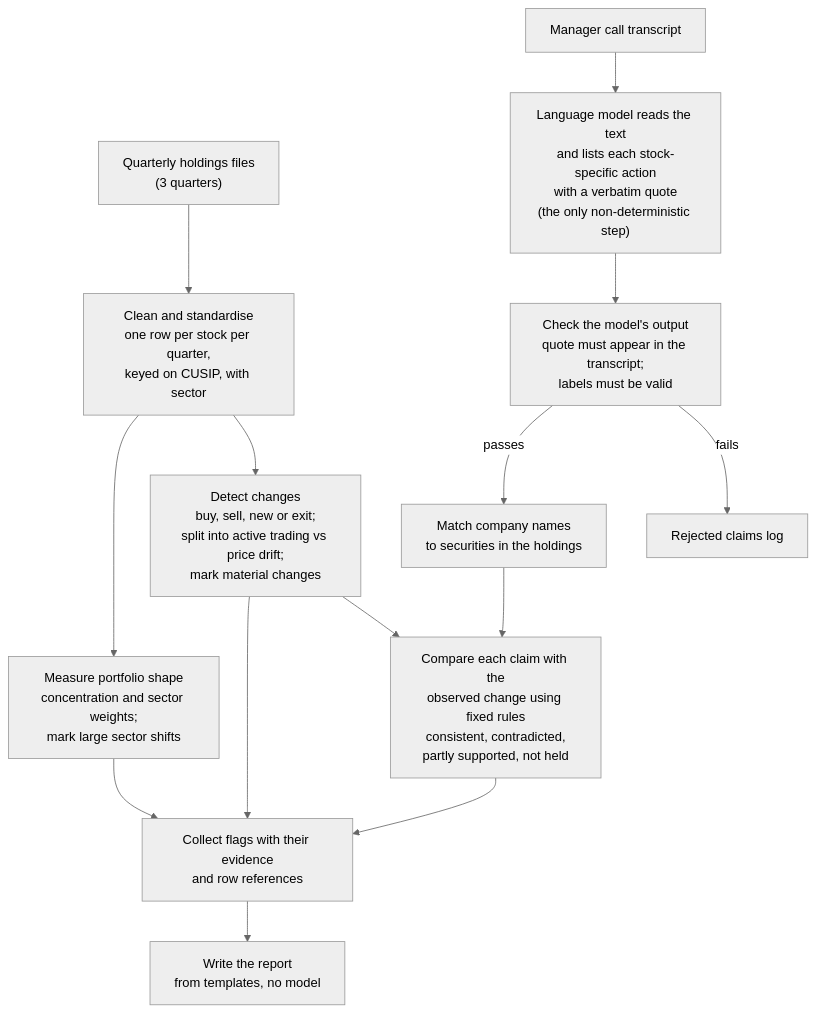
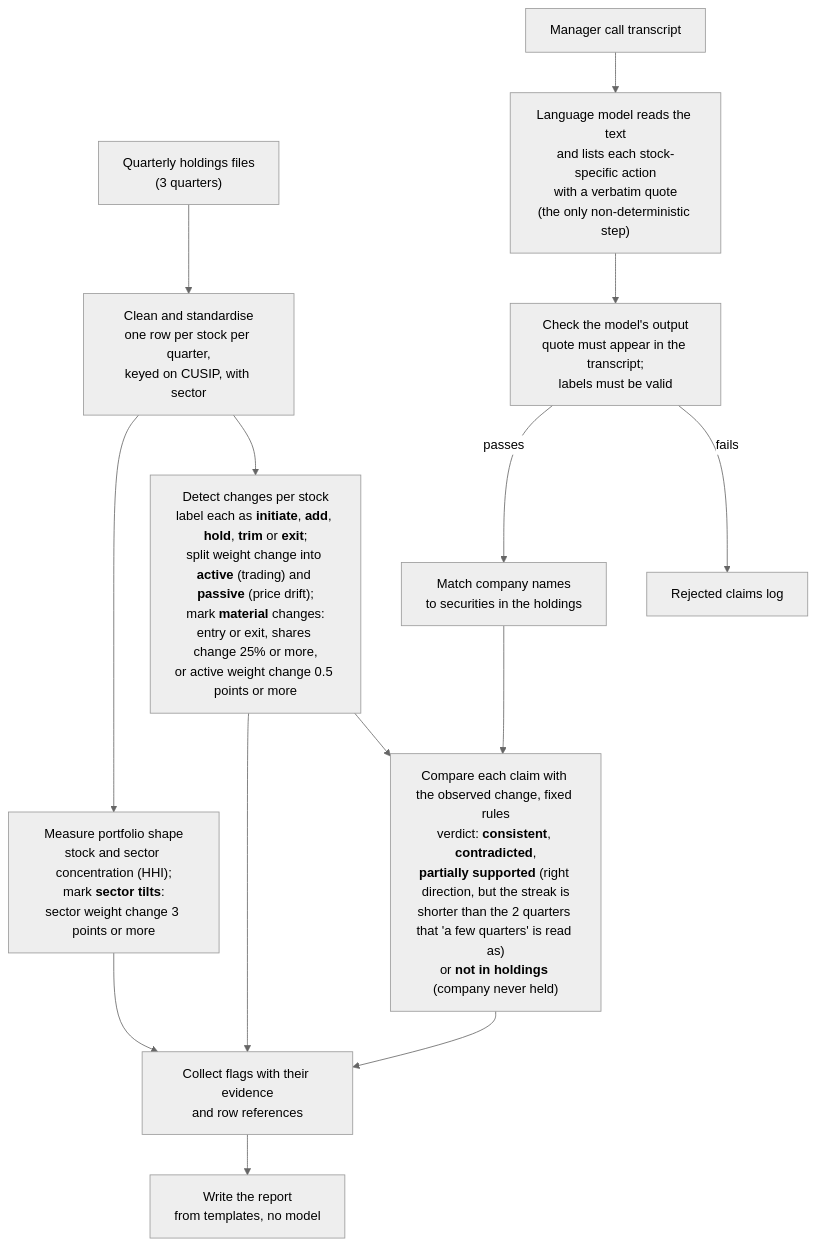
Before and after one commit to adamdu001/portfolio-agent: the diagram in BRIEF.md, drawn with Mermaid (neutral theme). The commit also changed other lines of this file, not shown here.

Commit message:
Flowchart: bold labels, thresholds, verdict names; file names in worked example

````diff
--- a/BRIEF.md
+++ b/BRIEF.md
@@ -9,16 +9,16 @@
 ```mermaid
 flowchart TD
     H["Quarterly holdings files<br/>(3 quarters)"] --> A["Clean and standardise<br/>one row per stock per quarter,<br/>keyed on CUSIP, with sector"]
-    A --> B["Detect changes<br/>buy, sell, new or exit;<br/>split into active trading vs price drift;<br/>mark material changes"]
-    A --> C["Measure portfolio shape<br/>concentration and sector weights;<br/>mark large sector shifts"]
+    A --> B["Detect changes per stock<br/>label each as <b>initiate</b>, <b>add</b>, <b>hold</b>, <b>trim</b> or <b>exit</b>;<br/>split weight change into <b>active</b> (trading) and <b>passive</b> (price drift);<br/>mark <b>material</b> changes:<br/>entry or exit, shares change 25% or more,<br/>or active weight change 0.5 points or more"]
+    A --> C["Measure portfolio shape<br/>stock and sector concentration (HHI);<br/>mark <b>sector tilts</b>:<br/>sector weight change 3 points or more"]
     T["Manager call transcript"] --> X["Language model reads the text<br/>and lists each stock-specific action<br/>with a verbatim quote<br/>(the only non-deterministic step)"]
     X --> V["Check the model's output<br/>quote must appear in the transcript;<br/>labels must be valid"]
     V -->|fails| R["Rejected claims log"]
     V -->|passes| M["Match company names<br/>to securities in the holdings"]
-    M --> D["Compare each claim with the<br/>observed change using fixed rules<br/>consistent, contradicted,<br/>partly supported, not held"]
+    M --> D["Compare each claim with the observed change, fixed rules<br/>verdict: <b>consistent</b>, <b>contradicted</b>,<br/><b>partially supported</b> (right direction, but the streak is<br/>shorter than the 2 quarters that 'a few quarters' is read as)<br/>or <b>not in holdings</b> (company never held)"]
     B --> D
     B --> F["Collect flags with their evidence<br/>and row references"]
     C --> F
     D --> F
     F --> O["Write the report<br/>from templates, no model"]
 ```
````
